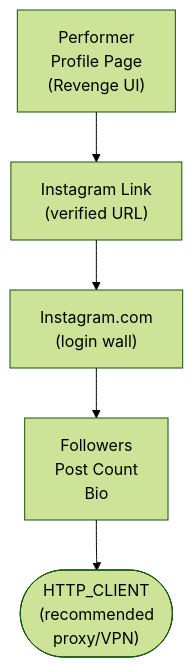
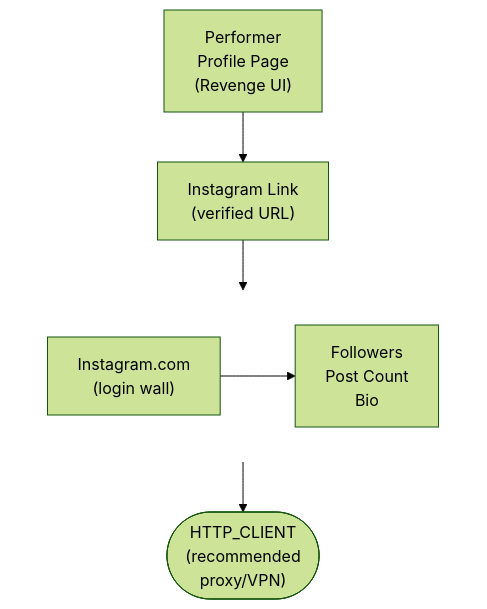
One commit to lusoris/revenge changed the diagram in docs/dev/design/integrations/metadata/adult/INSTAGRAM.md. Above: the diagram before and after it, drawn with Mermaid (forest theme). The commit also changed 210 other files, not shown here.

First line of the commit message:
feat(docs): Add horizontal layout support for Mermaid diagrams

````diff
--- a/docs/dev/design/integrations/metadata/adult/INSTAGRAM.md
+++ b/docs/dev/design/integrations/metadata/adult/INSTAGRAM.md
@@ -58,12 +58,18 @@
 ```mermaid
 flowchart TD
     node1["Performer<br/>Profile Page<br/>(Revenge UI)"]
     node2["Instagram Link<br/>(verified URL)"]
-    node3["Instagram.com<br/>(login wall)"]
-    node4["Followers<br/>Post Count<br/>Bio"]
+    subgraph row1[ ]
+        direction LR
+        node3["Instagram.com<br/>(login wall)"]
+        node4["Followers<br/>Post Count<br/>Bio"]
+    end
     node5(["HTTP_CLIENT<br/>(recommended<br/>proxy/VPN)"])
     node3 --> node4
     node1 --> node2
     node2 --> node3
     node4 --> node5
+
+    %% Hide row subgraph borders
+    style row1 fill:transparent,stroke:transparent
 ```
````
